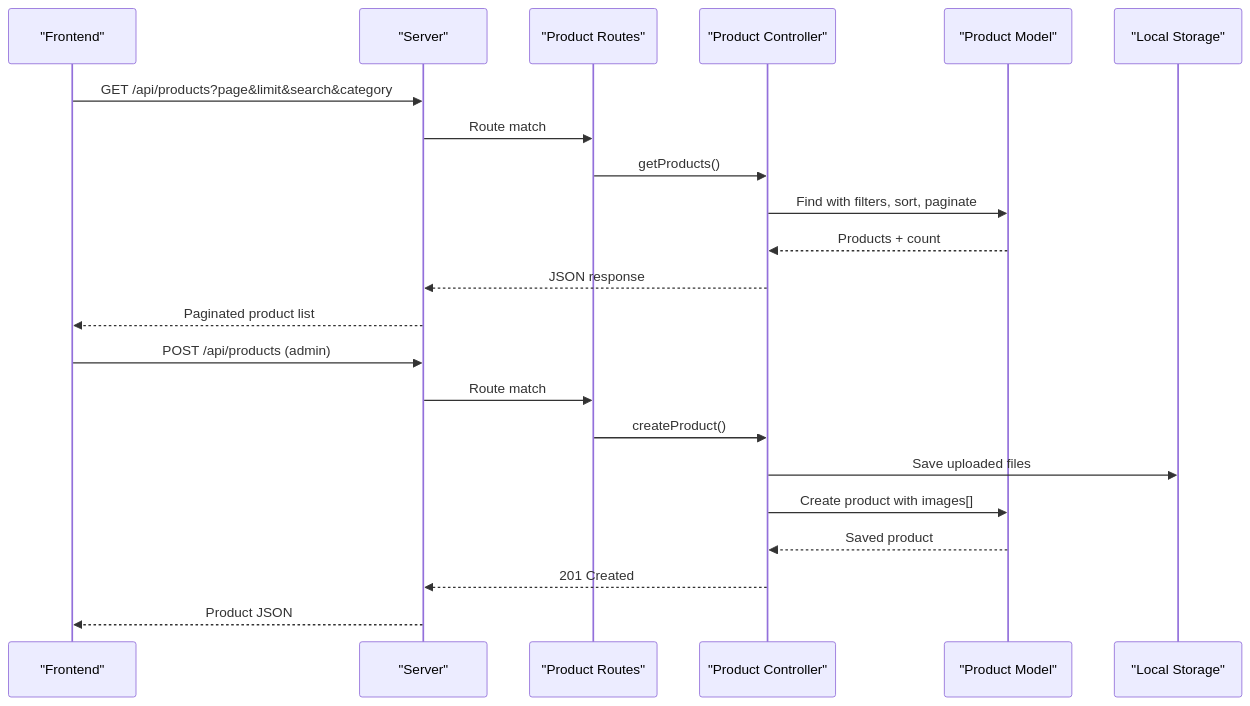
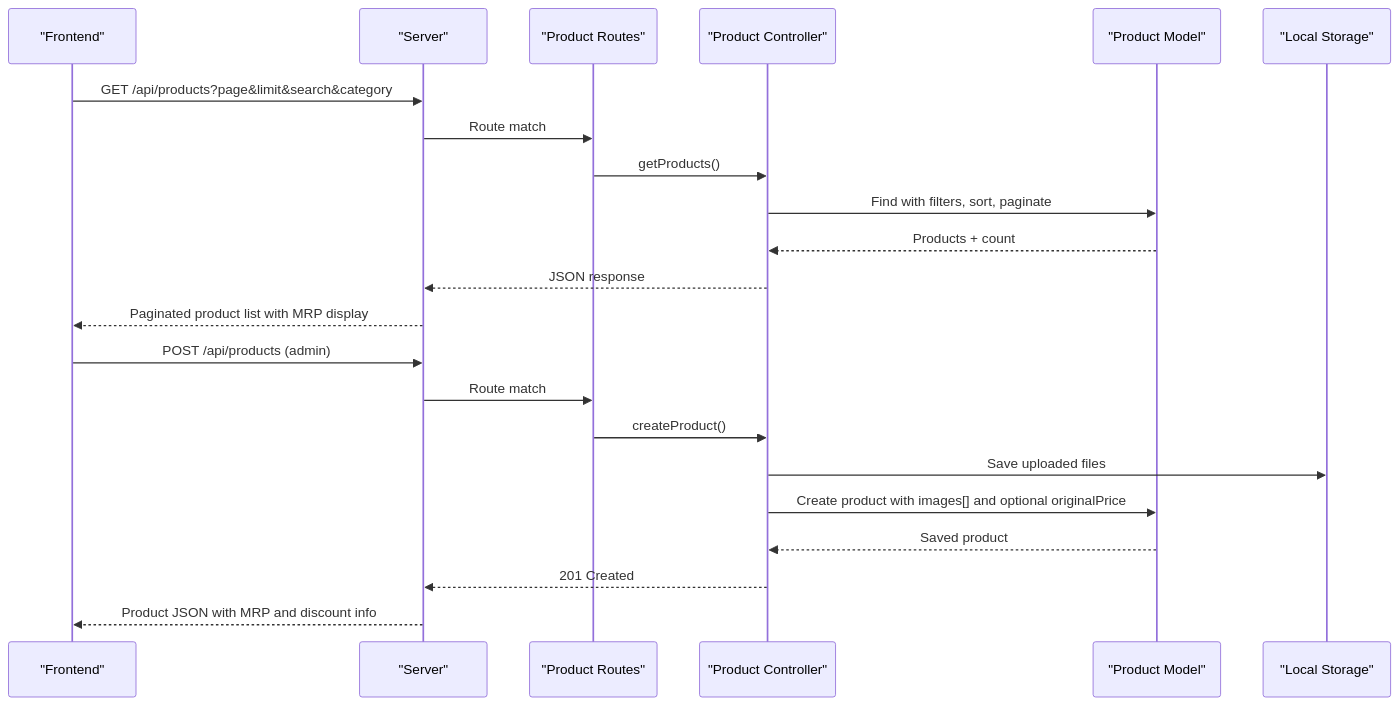
Before and after one commit to Pavan-PSPK9032/TrendsandToss: the second of 9 diagrams in .qoder/repowiki/en/content/Database Schemas & Models/Product Model.md, drawn with Mermaid. The commit also changed other lines of this file and 24 other files, not shown here.

````diff
--- a/.qoder/repowiki/en/content/Database Schemas & Models/Product Model.md
+++ b/.qoder/repowiki/en/content/Database Schemas & Models/Product Model.md
@@ -115,24 +132,24 @@
 ```mermaid
 sequenceDiagram
 participant FE as "Frontend"
 participant SRV as "Server"
 participant RT as "Product Routes"
 participant CTRL as "Product Controller"
 participant MDL as "Product Model"
 participant FS as "Local Storage"
 FE->>SRV : GET /api/products?page&limit&search&category
 SRV->>RT : Route match
 RT->>CTRL : getProducts()
 CTRL->>MDL : Find with filters, sort, paginate
 MDL-->>CTRL : Products + count
 CTRL-->>SRV : JSON response
-SRV-->>FE : Paginated product list
+SRV-->>FE : Paginated product list with MRP display
 FE->>SRV : POST /api/products (admin)
 SRV->>RT : Route match
 RT->>CTRL : createProduct()
 CTRL->>FS : Save uploaded files
-CTRL->>MDL : Create product with images[]
+CTRL->>MDL : Create product with images[] and optional originalPrice
 MDL-->>CTRL : Saved product
 CTRL-->>SRV : 201 Created
-SRV-->>FE : Product JSON
+SRV-->>FE : Product JSON with MRP and discount info
 ```
````
